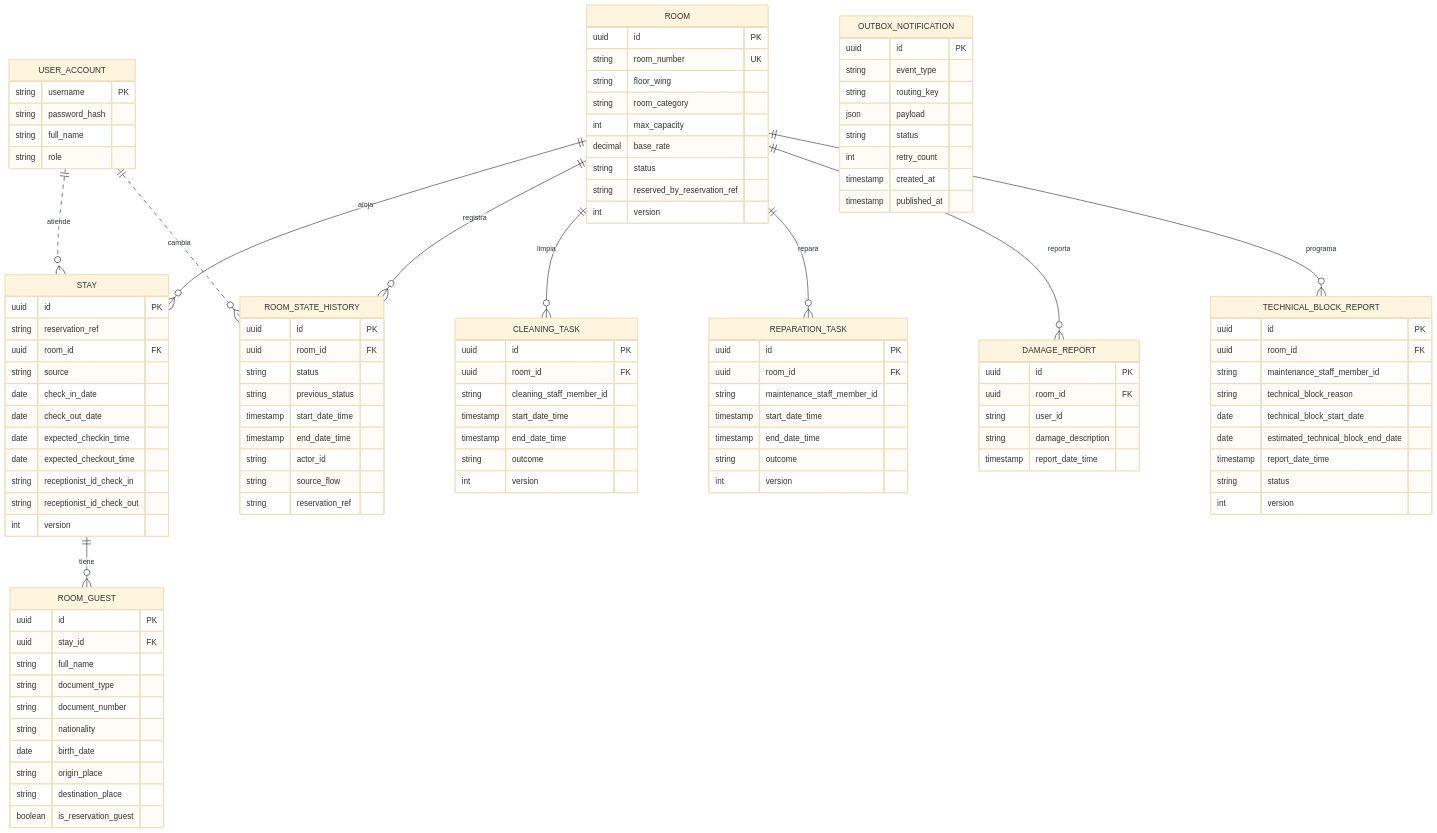
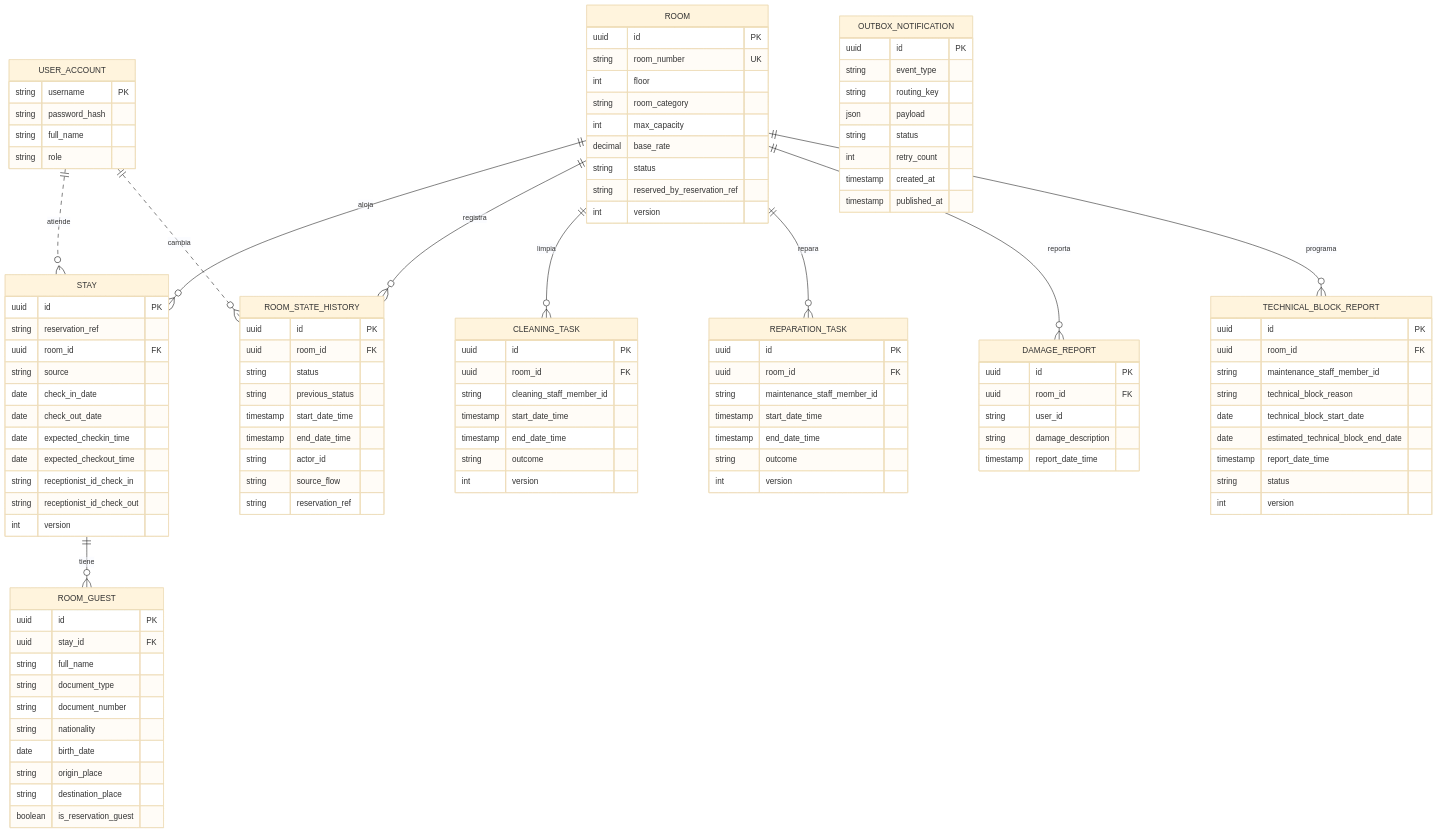
The diagram in documentos/PLAN/base/plan.md (MirianMarriaga/hospitua-module-1), drawn with Mermaid (base theme) before and after one commit. The commit also changed other lines of this file and 2 other files, not shown here.

Commit message:
docs(plan): renombrar floor_wing a floor en la tabla room
- Plan base: columna floor (INT, mayor a 0) en la tabla room y en el diagrama ER
- Contexto y diccionario: piso en lugar de piso/ala

```diff
--- a/documentos/PLAN/base/plan.md
+++ b/documentos/PLAN/base/plan.md
@@ -357,7 +357,7 @@
   ROOM {
     uuid id PK
     string room_number UK
-    string floor_wing
+    int floor
     string room_category
     int max_capacity
     decimal base_rate
```
